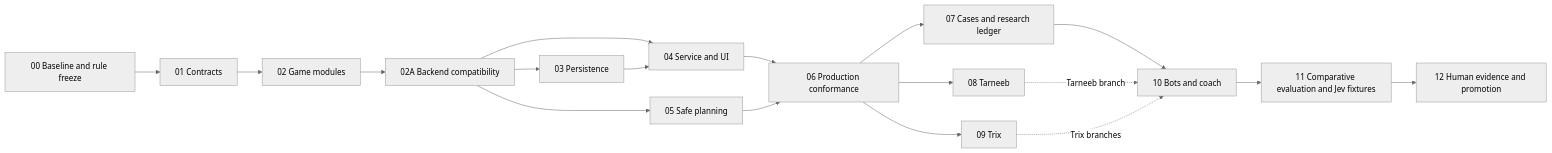
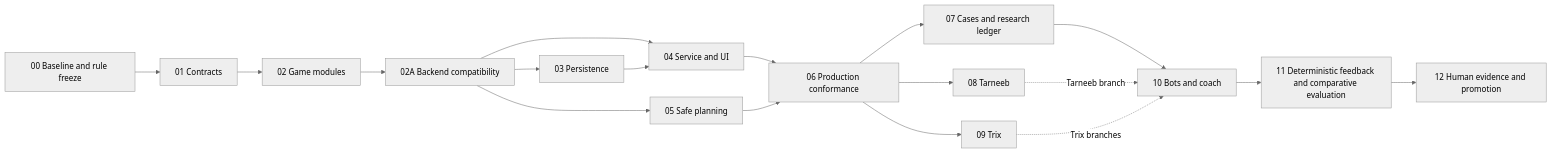
Before and after one commit to aflashback/cardford-as-is: the diagram in docs/superpowers/plans/2026-10-04-multi-game-reasoning-implementation.md, drawn with Mermaid (neutral theme). The commit also changed other lines of this file and 4200 other files, not shown here.

````diff
--- a/docs/superpowers/plans/2026-10-04-multi-game-reasoning-implementation.md
+++ b/docs/superpowers/plans/2026-10-04-multi-game-reasoning-implementation.md
@@ -69,20 +69,20 @@
 ```mermaid
 flowchart LR
  M00[00 Baseline and rule freeze] --> M01[01 Contracts]
  M01 --> M02[02 Game modules]
  M02 --> M02A[02A Backend compatibility]
  M02A --> M03[03 Persistence]
  M02A --> M04[04 Service and UI]
  M03 --> M04
  M02A --> M05[05 Safe planning]
  M04 --> M06[06 Production conformance]
  M05 --> M06
  M06 --> M07[07 Cases and research ledger]
  M06 --> M08[08 Tarneeb]
  M06 --> M09[09 Trix]
  M07 --> M10[10 Bots and coach]
  M08 -. Tarneeb branch .-> M10
  M09 -. Trix branches .-> M10
- M10 --> M11[11 Comparative evaluation and Jev fixtures]
+ M10 --> M11[11 Deterministic feedback and comparative evaluation]
  M11 --> M12[12 Human evidence and promotion]
 ```
````
